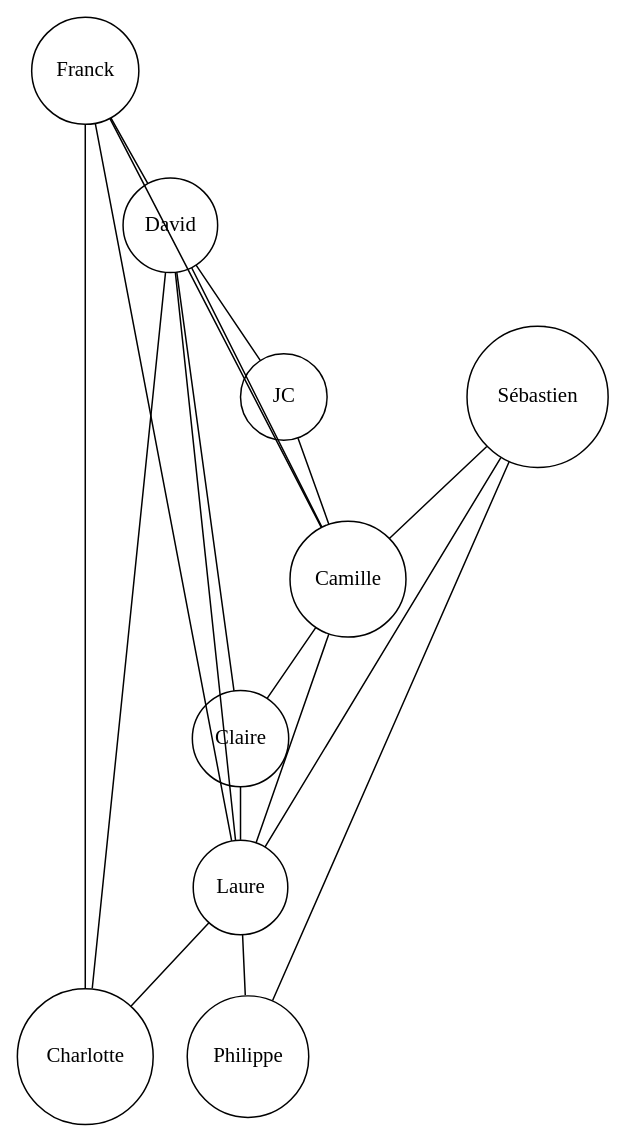
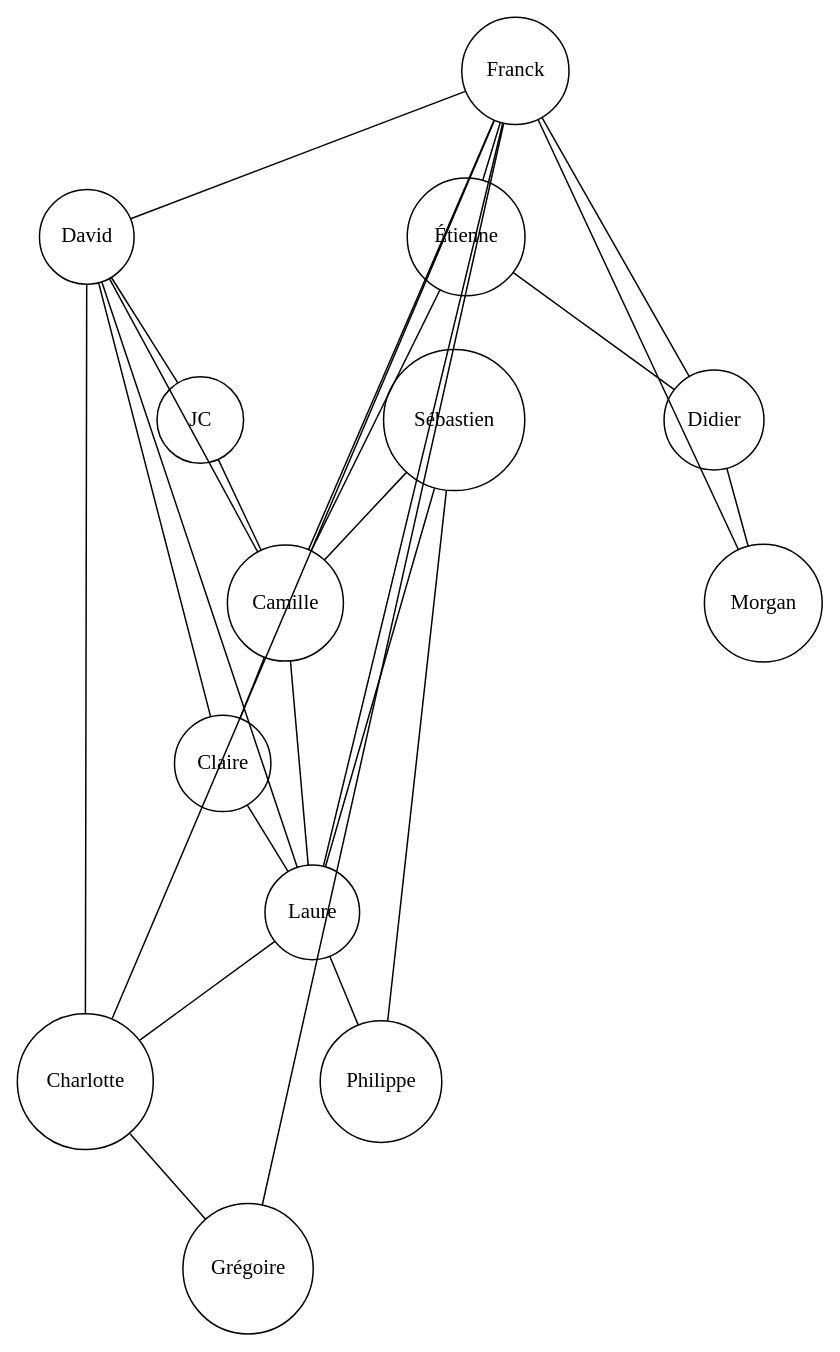
Before and after one commit to coti/interactions: the diagram in graphe.dot, drawn with Graphviz.

Commit message:
added some interactions

```diff
--- a/graphe.dot
+++ b/graphe.dot
@@ -1,25 +1,32 @@
- graph G {
- overlap=scale;
- node [shape=circle width=.8 ];
- edge [arrowhead=none];
- splines=false;
-
+graph G {
+    overlap=scale;
+    node [shape=circle width=.8];
+    edge [arrowhead=none];
+    splines=false;
 Claire -- Laure;
 Laure -- Charlotte;
 David -- Laure;
 JC -- Camille;
 Camille -- Laure;
 David -- JC;
 Camille -- David;
 Camille -- Claire;
 David -- Charlotte;
 David -- Claire;
 Sébastien -- Laure;
 Sébastien -- Camille;
 Franck -- Laure;
 Franck -- Camille;
 Sébastien -- Philippe;
 Laure -- Philippe;
+Charlotte -- Grégoire;
 Franck -- David;
 Franck -- Charlotte;
- }
+Franck -- Grégoire;
+Franck -- Didier;
+Franck -- Morgan;
+Franck -- Étienne;
+Étienne -- Didier;
+Étienne -- Camille;
+Didier -- Morgan;
+}
```
